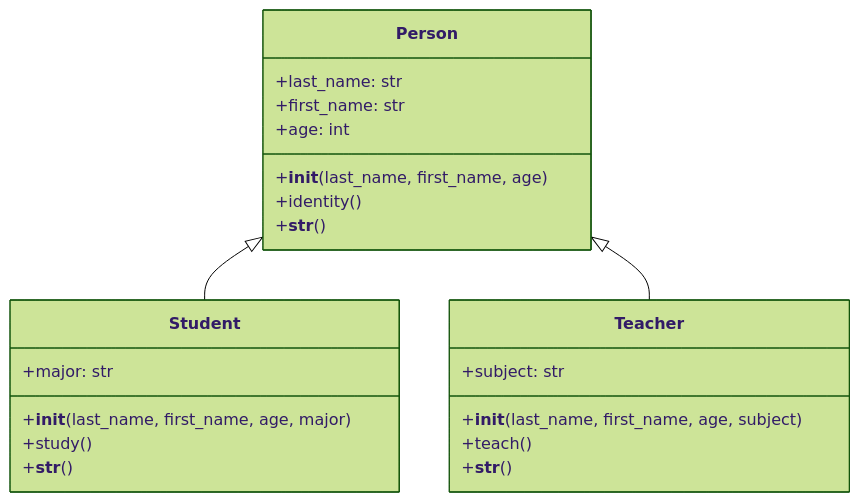
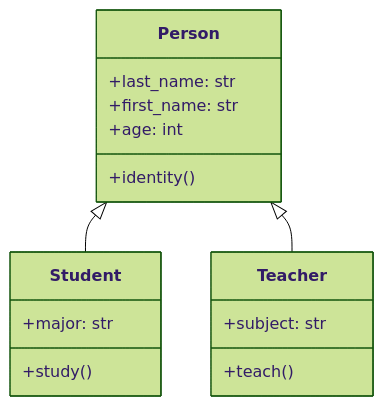
The second of 3 diagrams in README.md (Lagmouchyoussef/Python-Practical-Works), drawn with Mermaid (forest theme) before and after one commit. The commit also changed other lines of this file, not shown here.

````diff
--- a/README.md
+++ b/README.md
@@ -359,28 +340,22 @@
 ```mermaid
 classDiagram
     class Person {
         +last_name: str
         +first_name: str
         +age: int
-        +__init__(last_name, first_name, age)
         +identity()
-        +__str__()
     }
     
     class Student {
         +major: str
-        +__init__(last_name, first_name, age, major)
         +study()
-        +__str__()
     }
     
     class Teacher {
         +subject: str
-        +__init__(last_name, first_name, age, subject)
         +teach()
-        +__str__()
     }
     
     Person <|-- Student
     Person <|-- Teacher
 ```
````
